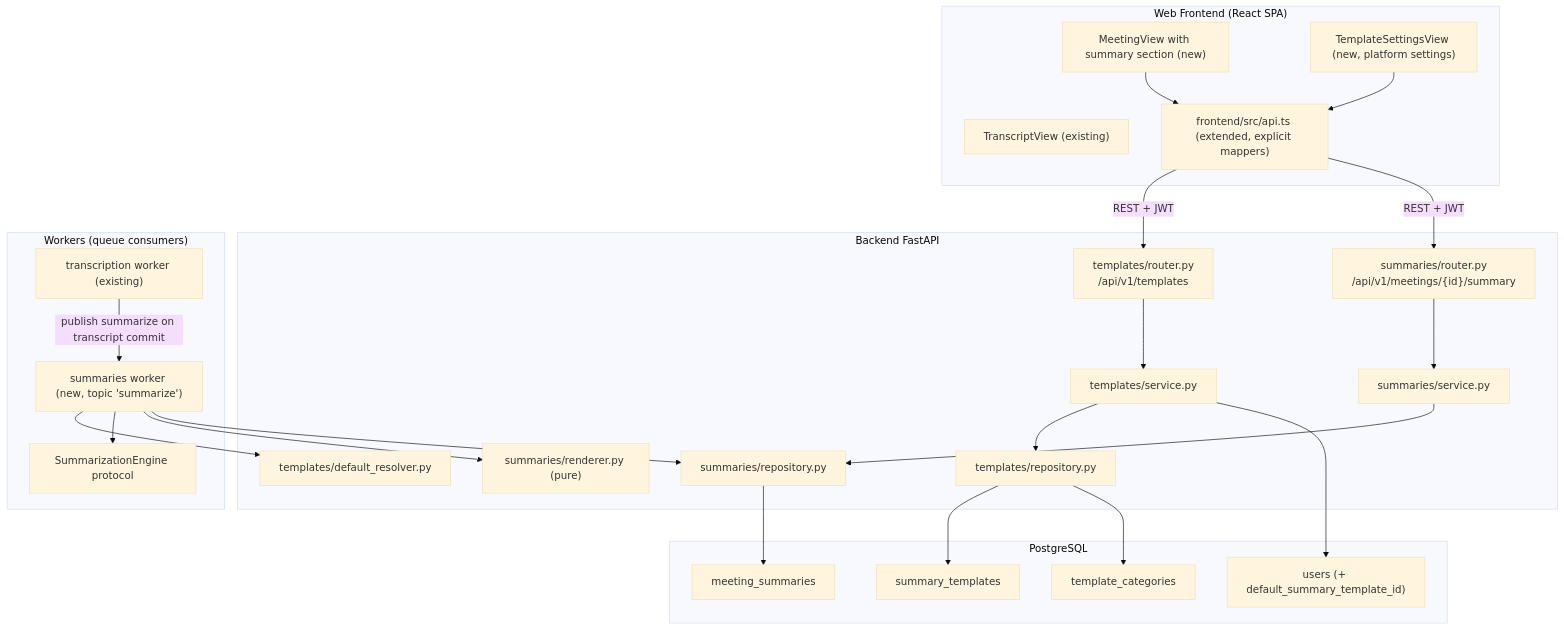
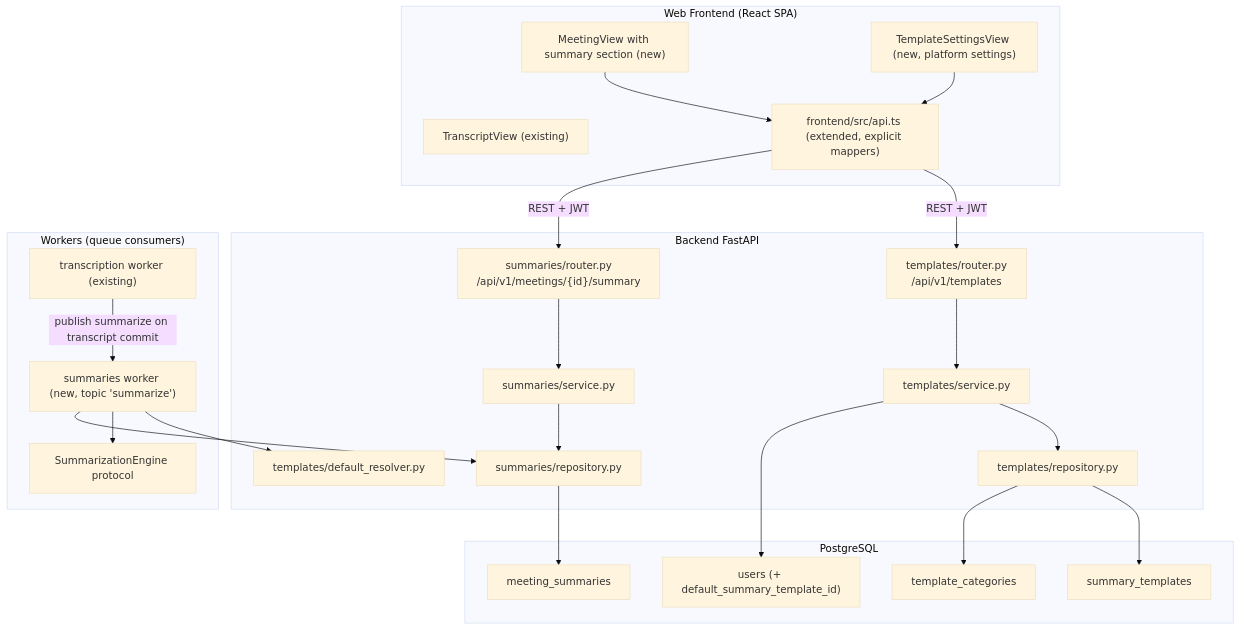
The first of 3 diagrams in .spectra/specs/meeting-summaries-templates/design.md (lufermalgo/sauri), drawn with Mermaid (base theme) before and after one commit. The commit also changed other lines of this file, not shown here.

Commit message:
docs(meeting-summaries-templates): remove deferred template schema and renderer test references

````diff
--- a/.spectra/specs/meeting-summaries-templates/design.md
+++ b/.spectra/specs/meeting-summaries-templates/design.md
@@ -165,49 +167,47 @@
 ```mermaid
 graph TD
     subgraph "Web Frontend (React SPA)"
         MV["MeetingView with summary section (new)"]
         TV["TranscriptView (existing)"]
         TSV["TemplateSettingsView (new, platform settings)"]
         APIF["frontend/src/api.ts (extended, explicit mappers)"]
     end
 
     subgraph "Backend FastAPI"
         TR["templates/router.py<br/>/api/v1/templates"]
         TS["templates/service.py"]
         TREP["templates/repository.py"]
         SR["summaries/router.py<br/>/api/v1/meetings/{id}/summary"]
         SS["summaries/service.py"]
         SREP["summaries/repository.py"]
         RES["templates/default_resolver.py"]
-        REN["summaries/renderer.py (pure)"]
     end
 
     subgraph "Workers (queue consumers)"
         TW["transcription worker (existing)"]
         SW["summaries worker (new, topic 'summarize')"]
         ENG["SummarizationEngine protocol"]
     end
 
     subgraph "PostgreSQL"
         T["summary_templates"]
         C["template_categories"]
         MS["meeting_summaries"]
         U["users (+ default_summary_template_id)"]
     end
 
     MV --> APIF
     TSV --> APIF
     APIF -->|REST + JWT| TR
     APIF -->|REST + JWT| SR
     TW -->|publish summarize on transcript commit| SW
     SW --> RES
     SW --> ENG
-    SW --> REN
     SW --> SREP
     TR --> TS --> TREP
     SR --> SS --> SREP
     TS --> U
     TREP --> T
     TREP --> C
     SREP --> MS
 ```
````
